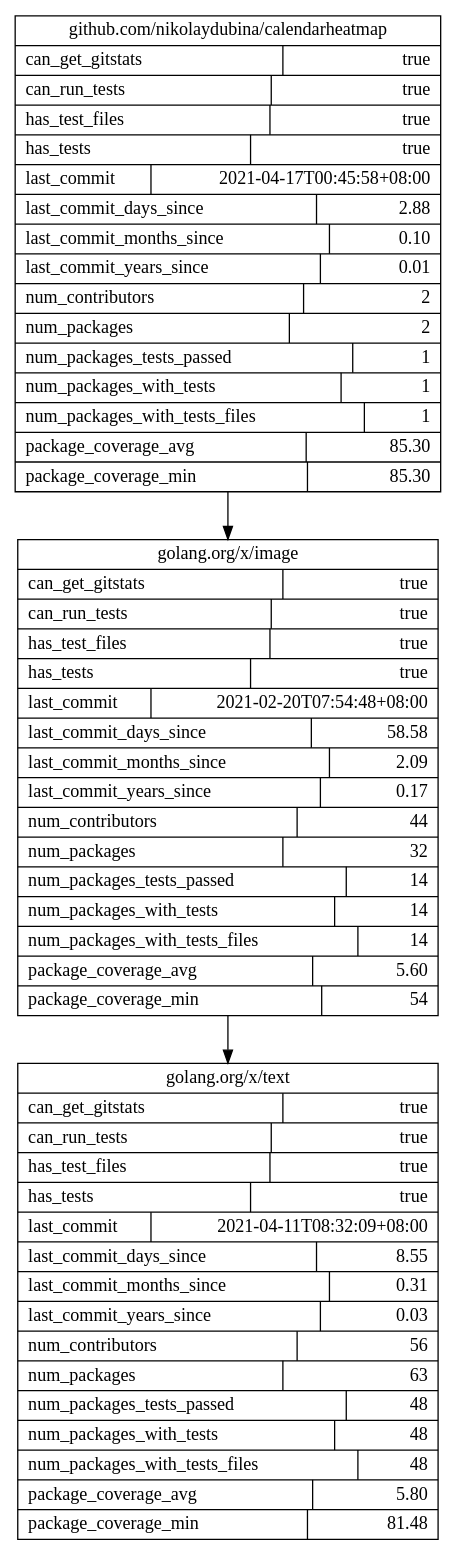
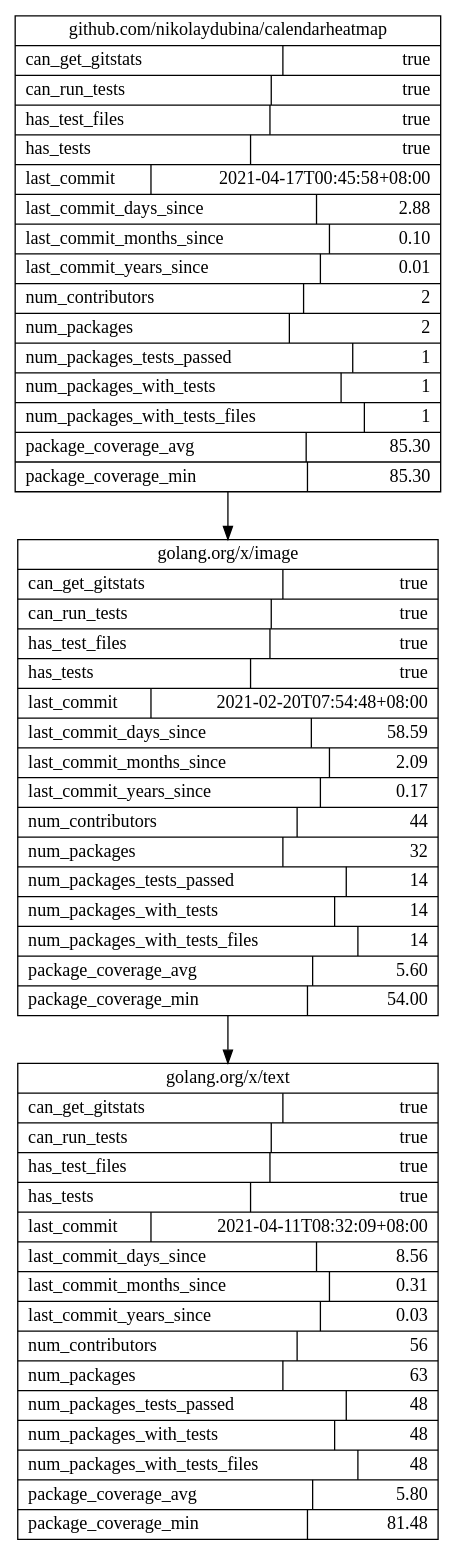
The diagram in docs/calendarheatmap/output.dot (nikolaydubina/import-graph), drawn with Graphviz before and after one commit. The commit also changed 5 other files, not shown here.

```diff
--- a/docs/calendarheatmap/output.dot
+++ b/docs/calendarheatmap/output.dot
@@ -1,14 +1,14 @@
 digraph G {
 	concentrate=True;
 	rankdir=TB;
 	node [shape=record];
 	
 	"github.com/nikolaydubina/calendarheatmap" [label="{ github.com/nikolaydubina/calendarheatmap | {can_get_gitstats\l | true\r} | {can_run_tests\l | true\r} | {has_test_files\l | true\r} | {has_tests\l | true\r} | {last_commit\l | 2021-04-17T00:45:58+08:00\r} | {last_commit_days_since\l | 2.88\r} | {last_commit_months_since\l | 0.10\r} | {last_commit_years_since\l | 0.01\r} | {num_contributors\l | 2\r} | {num_packages\l | 2\r} | {num_packages_tests_passed\l | 1\r} | {num_packages_with_tests\l | 1\r} | {num_packages_with_tests_files\l | 1\r} | {package_coverage_avg\l | 85.30\r} | {package_coverage_min\l | 85.30\r} }"];
-	"golang.org/x/image" [label="{ golang.org/x/image | {can_get_gitstats\l | true\r} | {can_run_tests\l | true\r} | {has_test_files\l | true\r} | {has_tests\l | true\r} | {last_commit\l | 2021-02-20T07:54:48+08:00\r} | {last_commit_days_since\l | 58.58\r} | {last_commit_months_since\l | 2.09\r} | {last_commit_years_since\l | 0.17\r} | {num_contributors\l | 44\r} | {num_packages\l | 32\r} | {num_packages_tests_passed\l | 14\r} | {num_packages_with_tests\l | 14\r} | {num_packages_with_tests_files\l | 14\r} | {package_coverage_avg\l | 5.60\r} | {package_coverage_min\l | 54\r} }"];
-	"golang.org/x/text" [label="{ golang.org/x/text | {can_get_gitstats\l | true\r} | {can_run_tests\l | true\r} | {has_test_files\l | true\r} | {has_tests\l | true\r} | {last_commit\l | 2021-04-11T08:32:09+08:00\r} | {last_commit_days_since\l | 8.55\r} | {last_commit_months_since\l | 0.31\r} | {last_commit_years_since\l | 0.03\r} | {num_contributors\l | 56\r} | {num_packages\l | 63\r} | {num_packages_tests_passed\l | 48\r} | {num_packages_with_tests\l | 48\r} | {num_packages_with_tests_files\l | 48\r} | {package_coverage_avg\l | 5.80\r} | {package_coverage_min\l | 81.48\r} }"];
+	"golang.org/x/image" [label="{ golang.org/x/image | {can_get_gitstats\l | true\r} | {can_run_tests\l | true\r} | {has_test_files\l | true\r} | {has_tests\l | true\r} | {last_commit\l | 2021-02-20T07:54:48+08:00\r} | {last_commit_days_since\l | 58.59\r} | {last_commit_months_since\l | 2.09\r} | {last_commit_years_since\l | 0.17\r} | {num_contributors\l | 44\r} | {num_packages\l | 32\r} | {num_packages_tests_passed\l | 14\r} | {num_packages_with_tests\l | 14\r} | {num_packages_with_tests_files\l | 14\r} | {package_coverage_avg\l | 5.60\r} | {package_coverage_min\l | 54.00\r} }"];
+	"golang.org/x/text" [label="{ golang.org/x/text | {can_get_gitstats\l | true\r} | {can_run_tests\l | true\r} | {has_test_files\l | true\r} | {has_tests\l | true\r} | {last_commit\l | 2021-04-11T08:32:09+08:00\r} | {last_commit_days_since\l | 8.56\r} | {last_commit_months_since\l | 0.31\r} | {last_commit_years_since\l | 0.03\r} | {num_contributors\l | 56\r} | {num_packages\l | 63\r} | {num_packages_tests_passed\l | 48\r} | {num_packages_with_tests\l | 48\r} | {num_packages_with_tests_files\l | 48\r} | {package_coverage_avg\l | 5.80\r} | {package_coverage_min\l | 81.48\r} }"];
 	
 
 	"github.com/nikolaydubina/calendarheatmap" -> "golang.org/x/image";
 	"golang.org/x/image" -> "golang.org/x/text";
 	
 }
```
